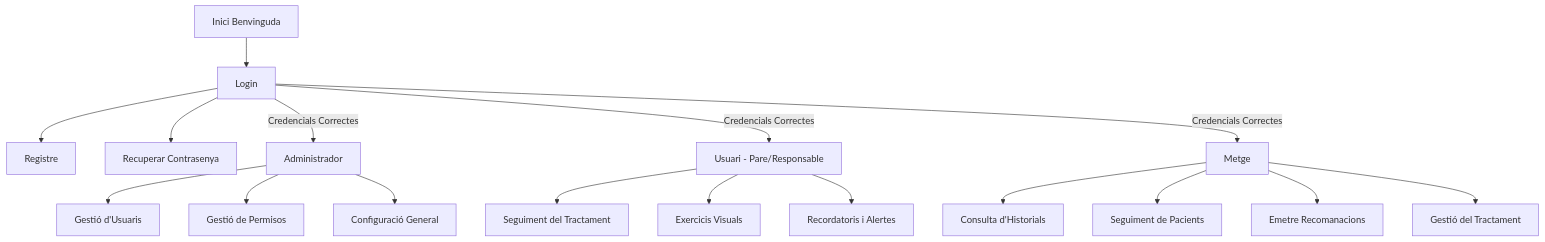
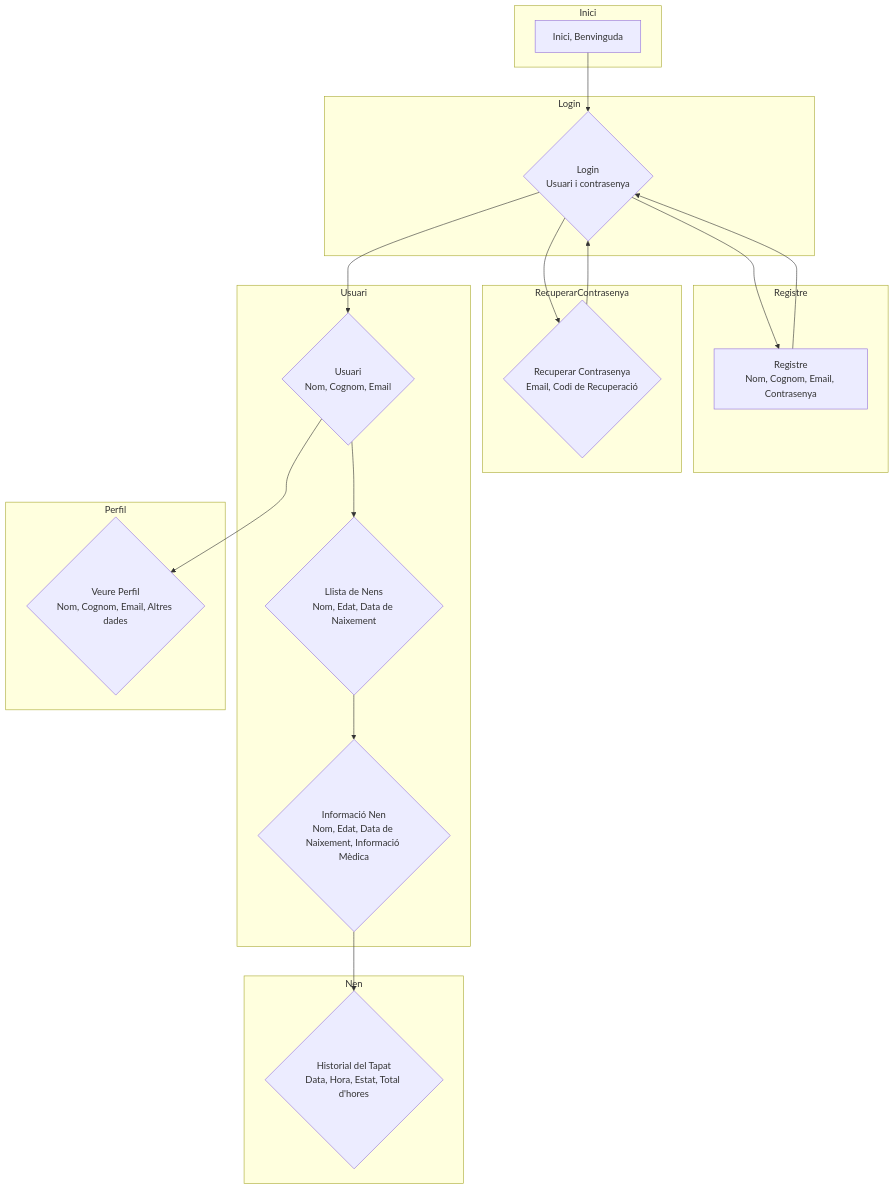
One commit to Ruben2006676/TapatApp changed the diagram in WireFrames_Mockups.mermaid. Above: the diagram before and after it, drawn with Mermaid.

Commit message:
WireFrames_Mockups.mermaid

```diff
--- a/WireFrames_Mockups.mermaid
+++ b/WireFrames_Mockups.mermaid
@@ -1,25 +1,44 @@
 flowchart TD;
-    A[Inici Benvinguda] --> B[Login]
-    B --> C[Registre]
-    B --> H[Recuperar Contrasenya]
+    
+    %% Conexiones principales
+    A --> B
+    B --> C
+    B --> D
+    C --> B
+    D --> B
+    B --> E
+    E --> F
+    E --> I
+    I --> G
+    G --> H
+    
+    %% Subgrupos para mejorar estructura
+    subgraph Inici
+        A[Inici, Benvinguda]
+    end
 
-    %% Connexió directa de Login als diferents rols %%
-    B -- Credencials Correctes --> E[Administrador]
-    B -- Credencials Correctes --> F[Usuari - Pare/Responsable]
-    B -- Credencials Correctes --> G[Metge]
+    subgraph Login
+        B{Login<br>Usuari i contrasenya}
+    end
 
-    %% Administrador %%
-    E --> E1[Gestió d'Usuaris]
-    E --> E2[Gestió de Permisos]
-    E --> E3[Configuració General]
+    subgraph Registre
+        C[Registre<br>Nom, Cognom, Email, Contrasenya]
+    end
 
-    %% Usuari (Pare/Responsable) %%
-    F --> F1[Seguiment del Tractament]
-    F --> F2[Exercicis Visuals]
-    F --> F3[Recordatoris i Alertes]
+    subgraph RecuperarContrasenya
+        D{Recuperar Contrasenya<br>Email, Codi de Recuperació}
+    end
 
-    %% Metge %%
-    G --> G1[Consulta d'Historials]
-    G --> G2[Seguiment de Pacients]
-    G --> G3[Emetre Recomanacions]
-    G --> G4[Gestió del Tractament]
+    subgraph Usuari
+        E{Usuari<br>Nom, Cognom, Email}
+        I{Llista de Nens<br>Nom, Edat, Data de Naixement}
+        G{Informació Nen<br>Nom, Edat, Data de Naixement, Informació Mèdica}
+    end
+
+    subgraph Perfil
+        F{Veure Perfil<br>Nom, Cognom, Email, Altres dades}
+    end
+
+    subgraph Nen
+        H{Historial del Tapat<br>Data, Hora, Estat, Total d'hores}
+    end
```
